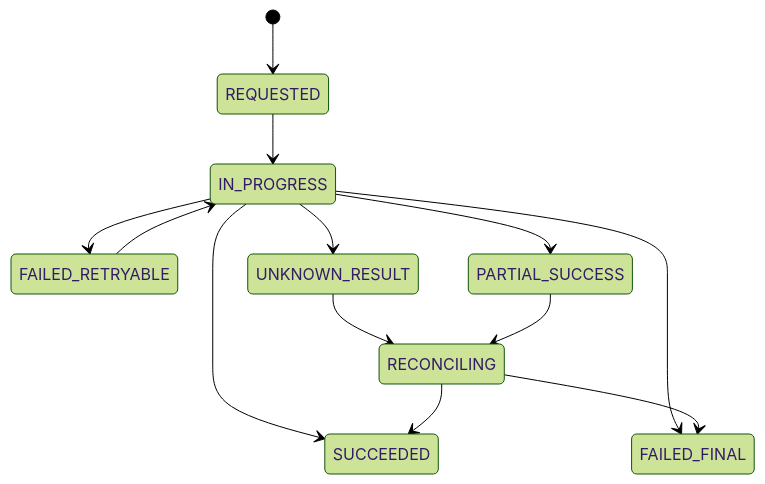
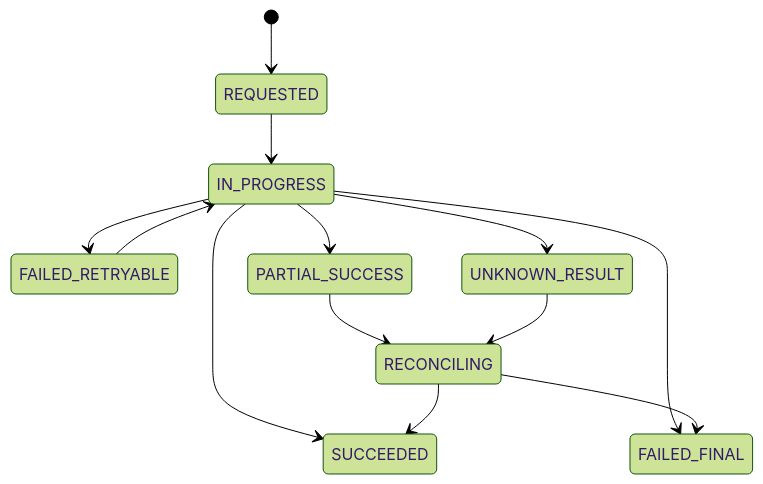
The second of 7 diagrams in cpf-docs/deliverables/아키텍처설계서.md (freeangelsun/202412_01_CPF), drawn with Mermaid (forest theme) before and after one commit. The commit also changed other lines of this file and 23 other files, not shown here.

````diff
--- a/cpf-docs/deliverables/아키텍처설계서.md
+++ b/cpf-docs/deliverables/아키텍처설계서.md
@@ -165,15 +125,15 @@
 ```mermaid
 stateDiagram-v2
-  [*] --> REQUESTED
-  REQUESTED --> IN_PROGRESS
-  IN_PROGRESS --> SUCCEEDED
-  IN_PROGRESS --> FAILED_RETRYABLE
-  IN_PROGRESS --> FAILED_FINAL
-  IN_PROGRESS --> UNKNOWN_RESULT
-  IN_PROGRESS --> PARTIAL_SUCCESS
-  FAILED_RETRYABLE --> IN_PROGRESS
-  UNKNOWN_RESULT --> RECONCILING
-  PARTIAL_SUCCESS --> RECONCILING
-  RECONCILING --> SUCCEEDED
-  RECONCILING --> FAILED_FINAL
+ [*] --> REQUESTED
+ REQUESTED --> IN_PROGRESS
+ IN_PROGRESS --> SUCCEEDED
+ IN_PROGRESS --> FAILED_RETRYABLE
+ IN_PROGRESS --> FAILED_FINAL
+ IN_PROGRESS --> PARTIAL_SUCCESS
+ IN_PROGRESS --> UNKNOWN_RESULT
+ FAILED_RETRYABLE --> IN_PROGRESS
+ PARTIAL_SUCCESS --> RECONCILING
+ UNKNOWN_RESULT --> RECONCILING
+ RECONCILING --> SUCCEEDED
+ RECONCILING --> FAILED_FINAL
 ```
````
